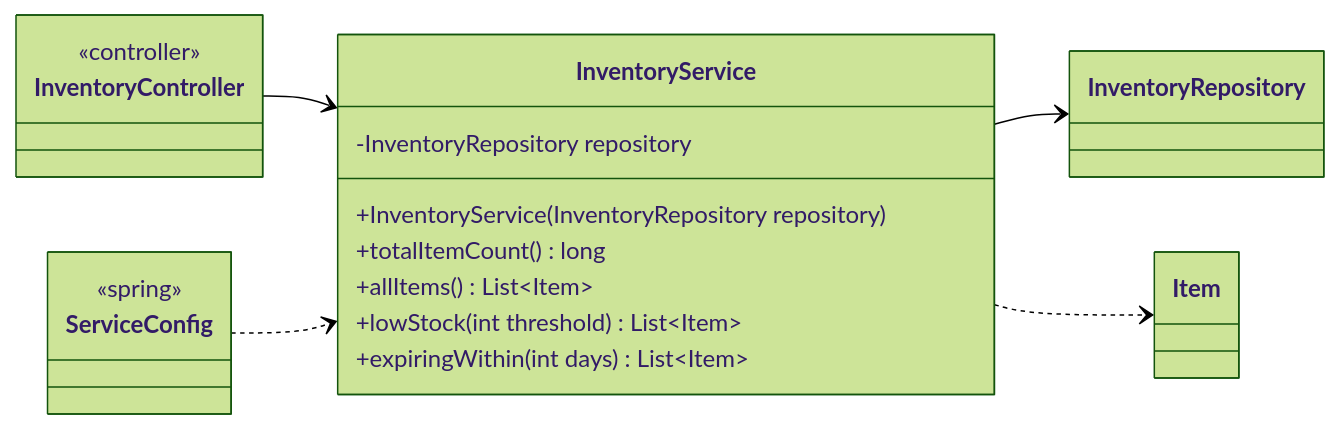
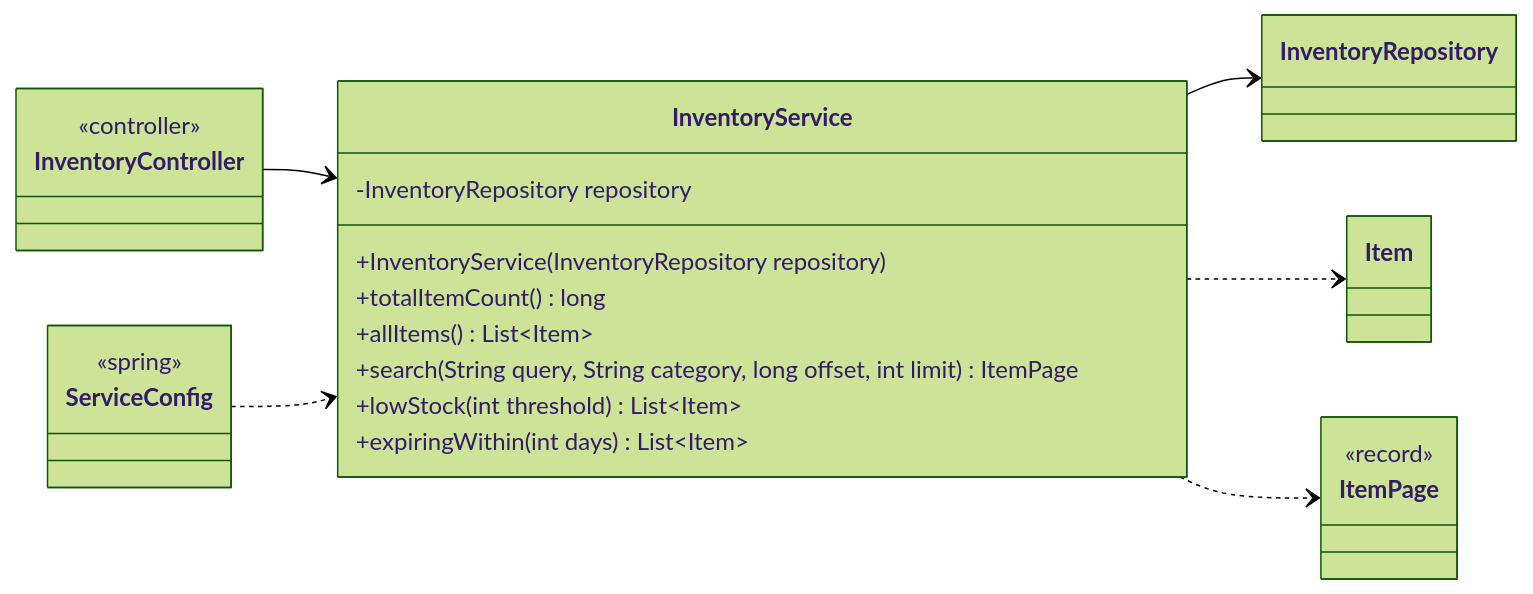
Before and after one commit to Nate-ryan-7690/dahaem: the third of 5 diagrams in docs/classes/inventory.md, drawn with Mermaid (forest theme). The commit also changed other lines of this file and 6 other files, not shown here.

````diff
--- a/docs/classes/inventory.md
+++ b/docs/classes/inventory.md
@@ -85,24 +98,29 @@
 ```mermaid
 classDiagram
     direction LR
     class inventory_InventoryService["InventoryService"] {
         -InventoryRepository repository
         +InventoryService(InventoryRepository repository)
         +totalItemCount() long
         +allItems() List~Item~
+        +search(String query, String category, long offset, int limit) ItemPage
         +lowStock(int threshold) List~Item~
         +expiringWithin(int days) List~Item~
     }
     class inventory_InventoryRepository["InventoryRepository"]
     class api_InventoryController["InventoryController"] {
         <<controller>>
     }
     class inventory_Item["Item"]
+    class inventory_ItemPage["ItemPage"] {
+        <<record>>
+    }
     class api_ServiceConfig["ServiceConfig"] {
         <<spring>>
     }
     inventory_InventoryService --> inventory_InventoryRepository
     inventory_InventoryService ..> inventory_Item
+    inventory_InventoryService ..> inventory_ItemPage
     api_InventoryController --> inventory_InventoryService
     api_ServiceConfig ..> inventory_InventoryService
 ```
````
